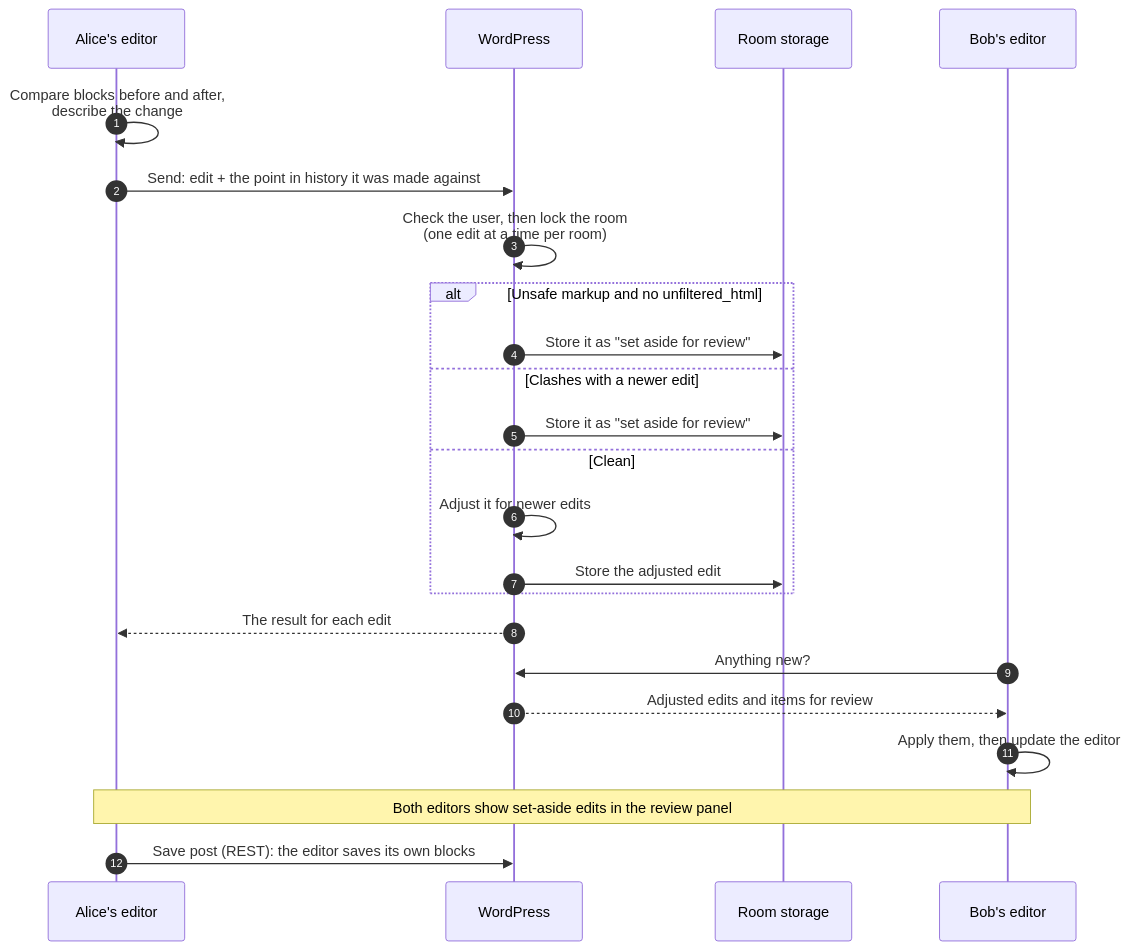
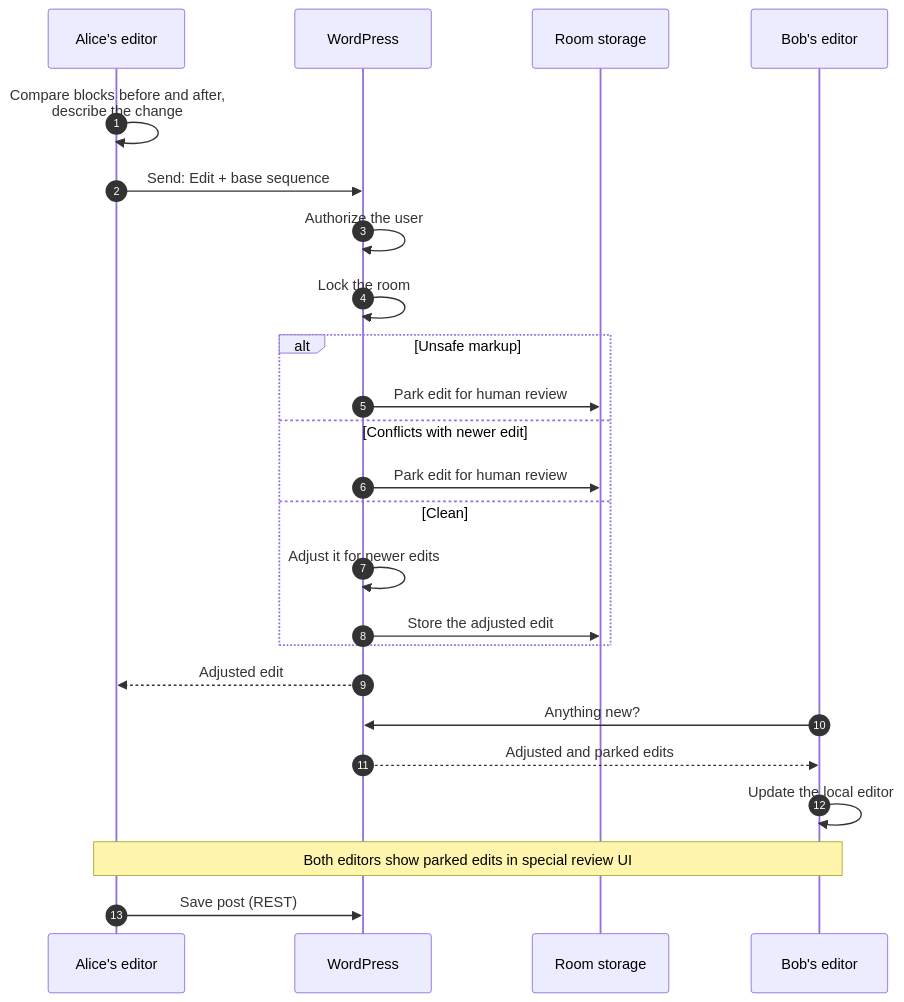
Before and after one commit to WordPress/gutenberg-sync-engines: the second of 4 diagrams in docs/data-flow.md, drawn with Mermaid. The commit also changed other lines of this file, not shown here.

````diff
--- a/docs/data-flow.md
+++ b/docs/data-flow.md
@@ -93,25 +76,26 @@
 ```mermaid
 sequenceDiagram
     autonumber
     participant A as Alice's editor
     participant WP as WordPress
     participant DB as Room storage
     participant B as Bob's editor
     A->>A: Compare blocks before and after,<br/>describe the change
-    A->>WP: Send: edit + the point in history it was made against
-    WP->>WP: Check the user, then lock the room<br/>(one edit at a time per room)
-    alt Unsafe markup and no unfiltered_html
-        WP->>DB: Store it as "set aside for review"
-    else Clashes with a newer edit
-        WP->>DB: Store it as "set aside for review"
+    A->>WP: Send: Edit + base sequence
+    WP->>WP: Authorize the user
+    WP->>WP: Lock the room
+    alt Unsafe markup
+        WP->>DB: Park edit for human review
+    else Conflicts with newer edit
+        WP->>DB: Park edit for human review
     else Clean
         WP->>WP: Adjust it for newer edits
         WP->>DB: Store the adjusted edit
     end
-    WP-->>A: The result for each edit
+    WP-->>A: Adjusted edit
     B->>WP: Anything new?
-    WP-->>B: Adjusted edits and items for review
-    B->>B: Apply them, then update the editor
-    Note over A,B: Both editors show set-aside edits in the review panel
-    A->>WP: Save post (REST): the editor saves its own blocks
+    WP-->>B: Adjusted and parked edits
+    B->>B: Update the local editor
+    Note over A,B: Both editors show parked edits in special review UI
+    A->>WP: Save post (REST)
 ```
````
